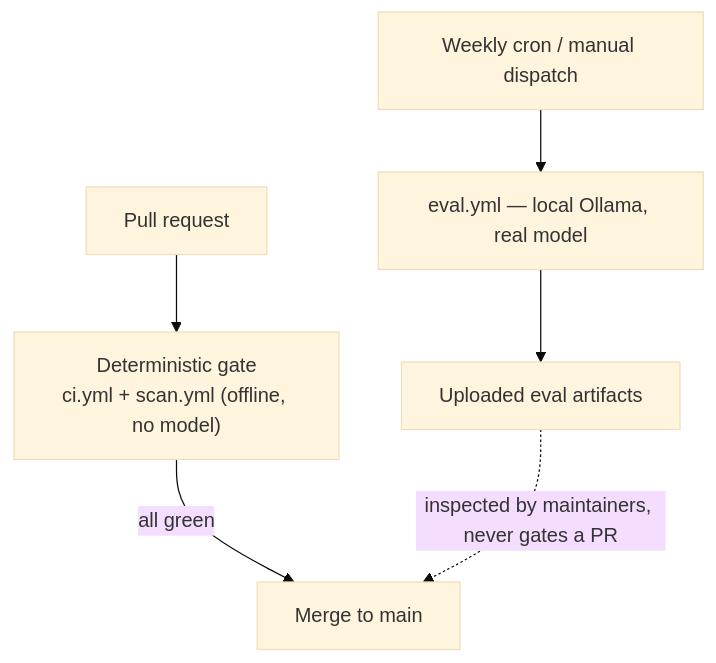
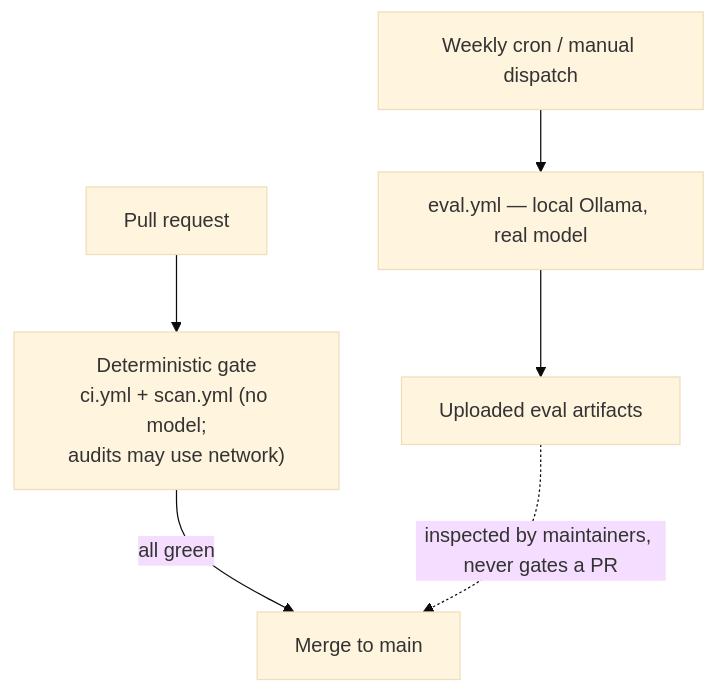
Before and after one commit to LuiGGi629/agentops-open-course: the second of 2 diagrams in docs/8. Community/8.5. Contributions.md, drawn with Mermaid (base theme). The commit also changed other lines of this file and 121 other files, not shown here.

````diff
--- a/docs/8. Community/8.5. Contributions.md
+++ b/docs/8. Community/8.5. Contributions.md
@@ -119,8 +119,8 @@
 ```mermaid
 flowchart TD
-    PR["Pull request"] --> gate["Deterministic gate<br/>ci.yml + scan.yml (offline, no model)"]
+    PR["Pull request"] --> gate["Deterministic gate<br/>ci.yml + scan.yml (no model;<br/>audits may use network)"]
     gate -->|"all green"| merge["Merge to main"]
     cron["Weekly cron / manual dispatch"] --> eval["eval.yml — local Ollama, real model"]
     eval --> art["Uploaded eval artifacts"]
     art -. "inspected by maintainers, never gates a PR" .-> merge
 ```
````
